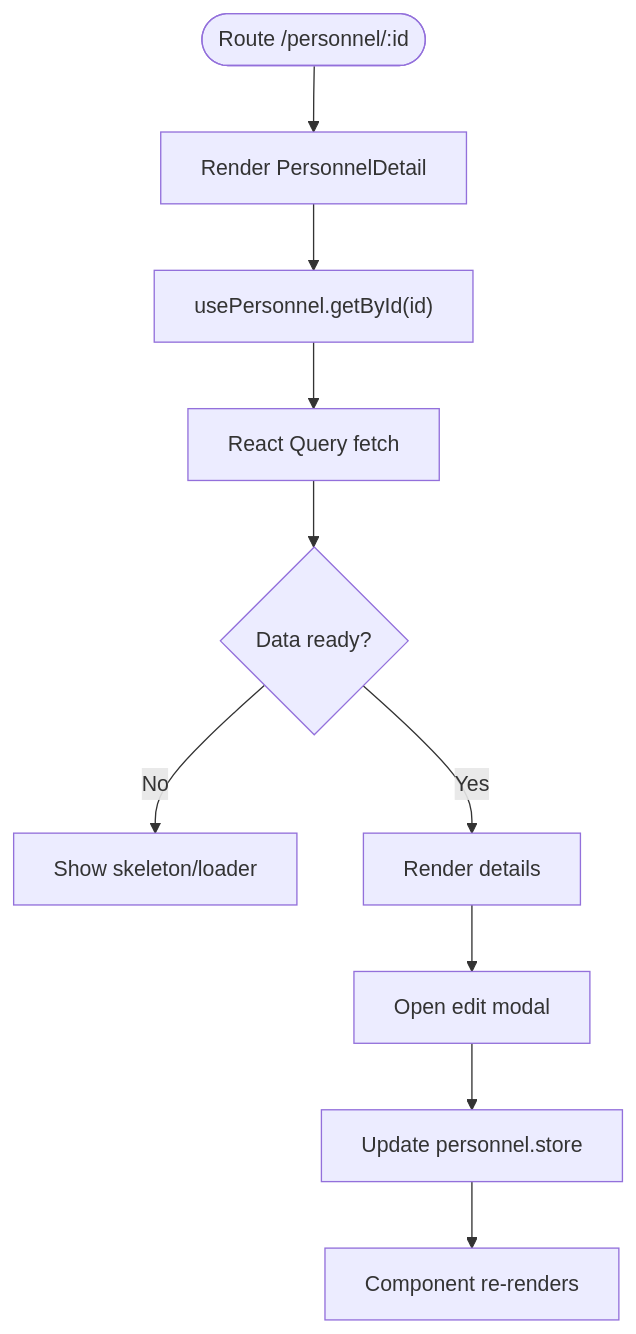
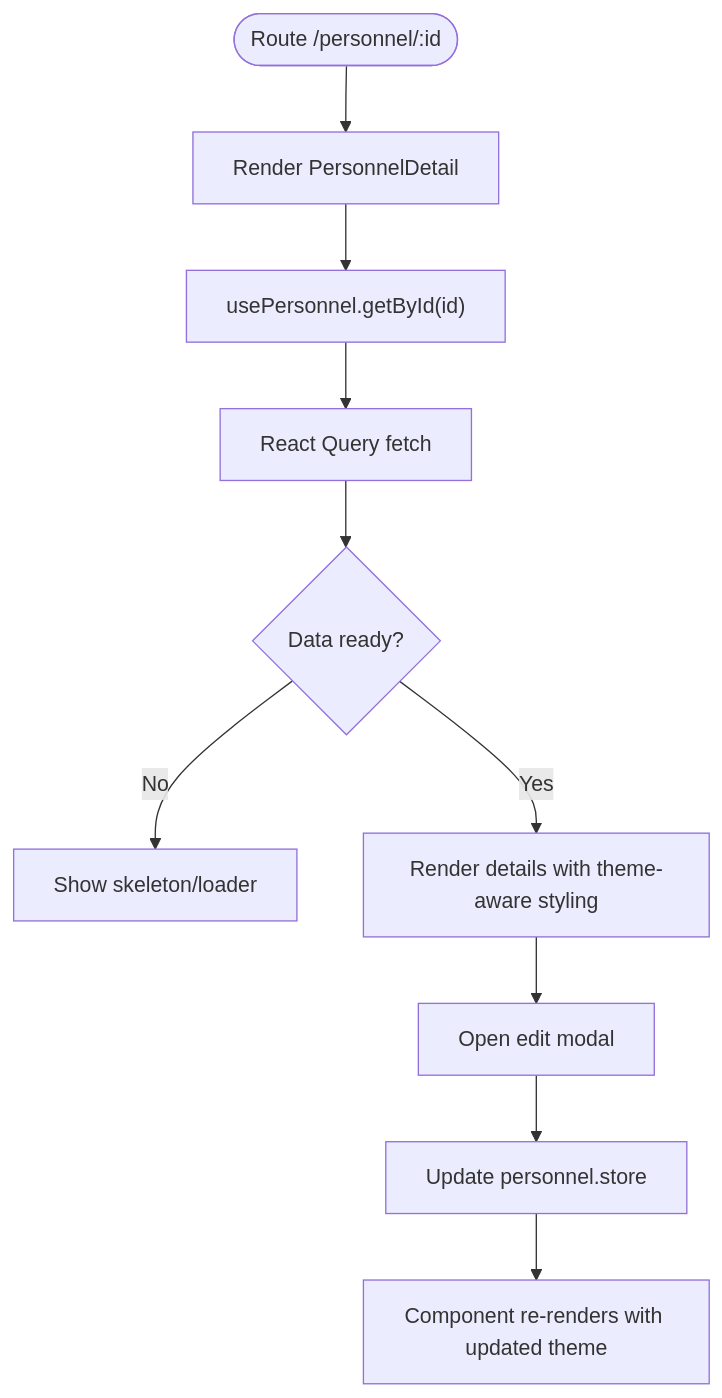
Before and after one commit to franckylab/eLISAschool: the fourth of 8 diagrams in .qoder/repowiki/en/content/System Architecture/Frontend Architecture/Component Architecture/Feature-Specific Components.md, drawn with Mermaid. The commit also changed other lines of this file and 79 other files, not shown here.

````diff
--- a/.qoder/repowiki/en/content/System Architecture/Frontend Architecture/Component Architecture/Feature-Specific Components.md
+++ b/.qoder/repowiki/en/content/System Architecture/Frontend Architecture/Component Architecture/Feature-Specific Components.md
@@ -237,12 +308,12 @@
 ```mermaid
 flowchart TD
 Start(["Route /personnel/:id"]) --> Mount["Render PersonnelDetail"]
 Mount --> Fetch["usePersonnel.getById(id)"]
 Fetch --> QFetch["React Query fetch"]
 QFetch --> Data{"Data ready?"}
 Data --> |No| Loading["Show skeleton/loader"]
-Data --> |Yes| Render["Render details"]
+Data --> |Yes| Render["Render details with theme-aware styling"]
 Render --> Actions["Open edit modal"]
 Actions --> StoreWrite["Update personnel.store"]
-StoreWrite --> ReRender["Component re-renders"]
+StoreWrite --> ReRender["Component re-renders with updated theme"]
 ```
````
